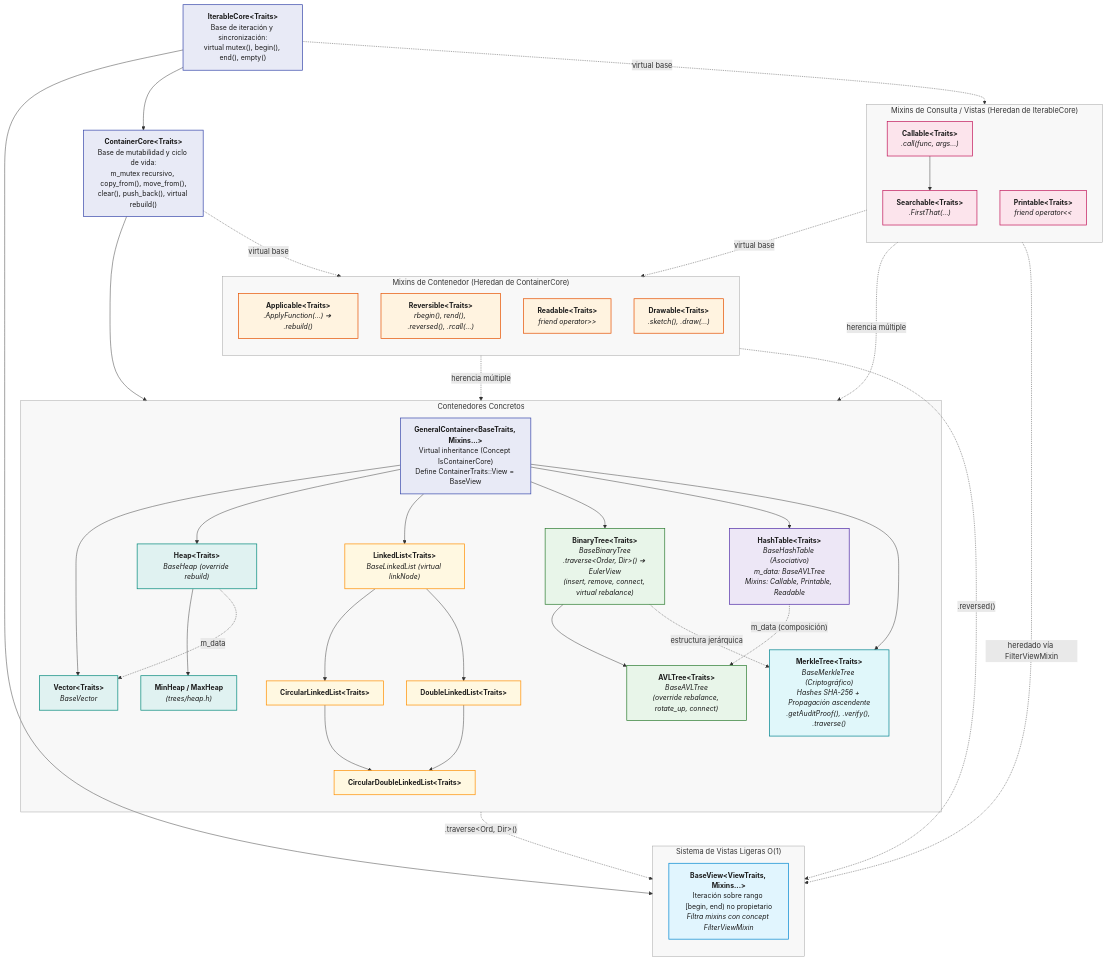
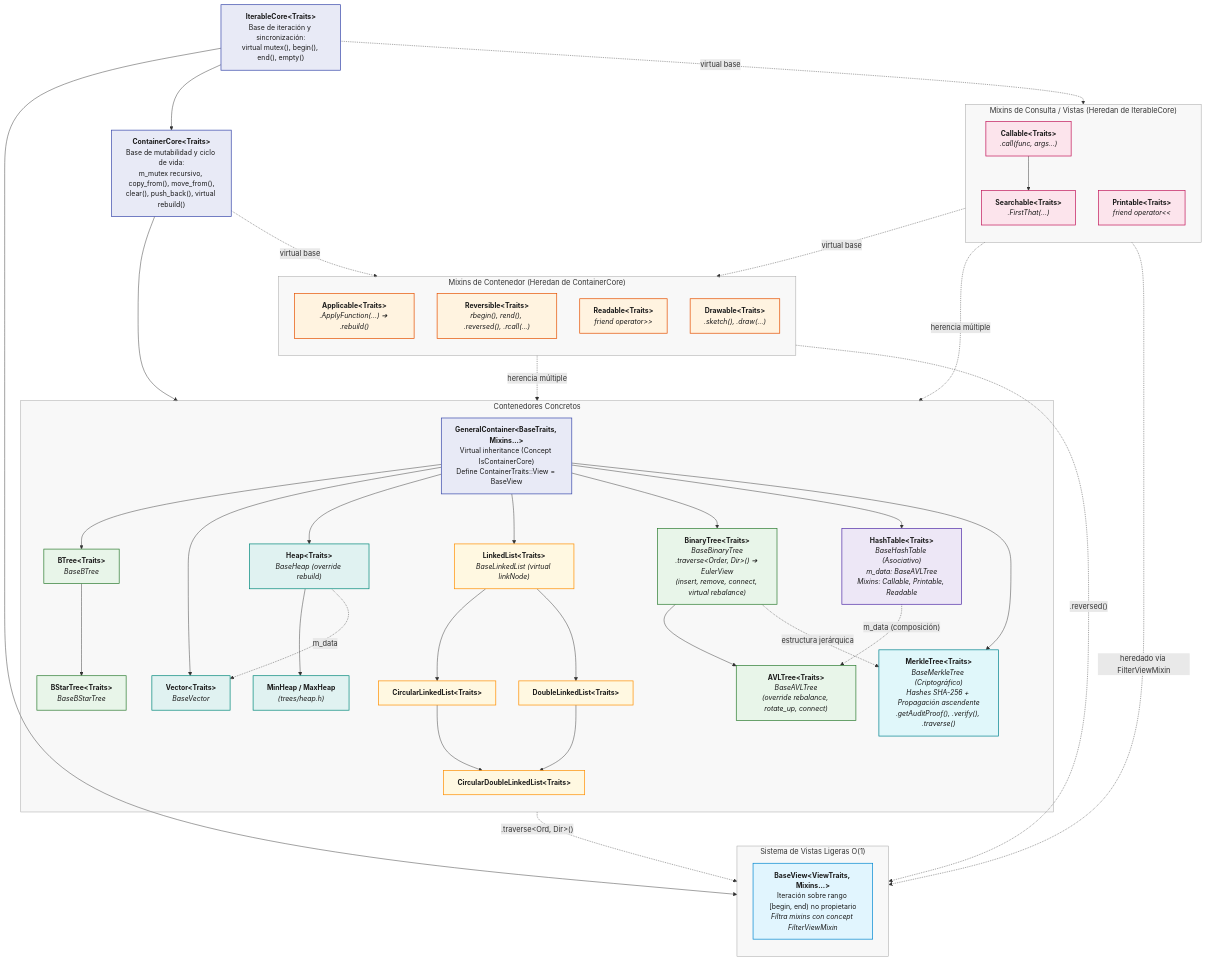
The second of 13 diagrams in README.md (ecuadros/2026-II-CS-UNI-CC0E5-AEDAv), drawn with Mermaid before and after one commit. The commit also changed other lines of this file and 20 other files, not shown here.

```diff
--- a/README.md
+++ b/README.md
@@ -124,6 +127,10 @@
         HT["<b>HashTable#lt;Traits#gt;</b><br/><i>BaseHashTable (Asociativo)<br/>m_data: BaseAVLTree<br/>Mixins: Callable, Printable, Readable</i>"]
         MT["<b>MerkleTree#lt;Traits#gt;</b><br/><i>BaseMerkleTree (Criptográfico)<br/>Hashes SHA-256 + Propagación ascendente<br/>.getAuditProof(), .verify(), .traverse()</i>"]
 
+        MB["<b>BTree#lt;Traits#gt;</b><br/><i>BaseBTree</i>"]
+        MS["<b>BStarTree#lt;Traits#gt;</b><br/><i>BaseBStarTree</i>"]
+
+        GC --> MB --> MS
         GC --> V
         GC --> H
         GC --> LL
@@ -163,7 +170,7 @@
     class BV view
     class V,H,MH vec
     class LL,LC,LDE,LDEC lista
-    class BT,AVL arbol
+    class BT,AVL,MB,MS arbol
     class HT hash
     class MT merkle
 
```
